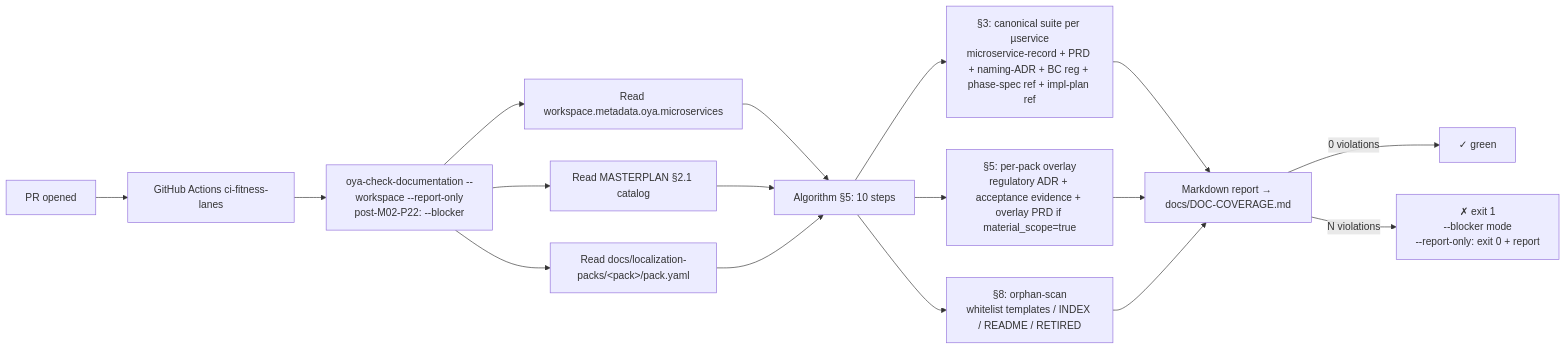
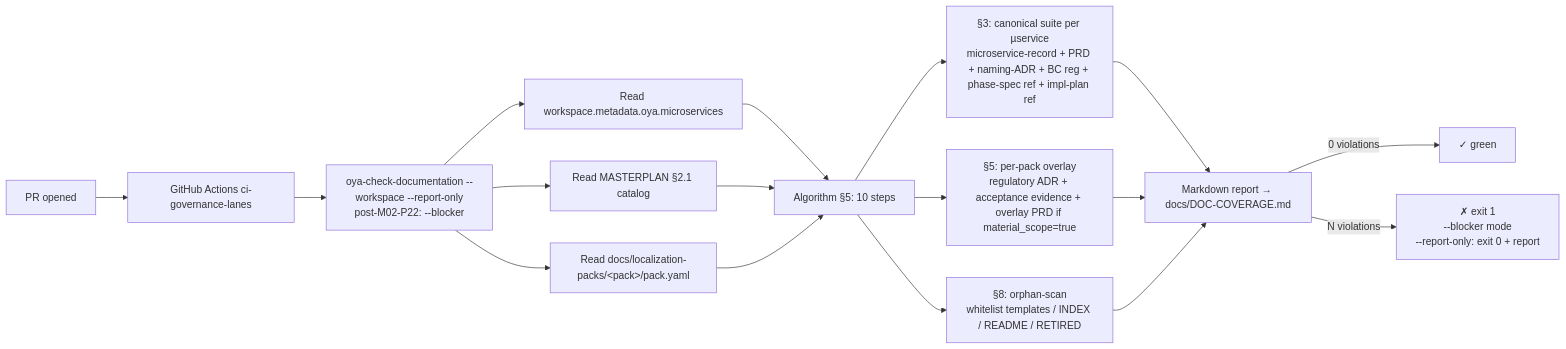
One commit to oyatie/oyatie changed the fifth of 5 diagrams in docs/architecture/product-graph.md. Above: the diagram before and after it, drawn with Mermaid. The commit also changed 346 other files, not shown here.

First line of the commit message:
Lane B: standardize "fitness" -> governance across CI naming/structure

````diff
--- a/docs/architecture/product-graph.md
+++ b/docs/architecture/product-graph.md
@@ -625,19 +625,19 @@
 ```mermaid
 flowchart LR
-    PR[PR opened] --> CI[GitHub Actions ci-fitness-lanes]
+    PR[PR opened] --> CI[GitHub Actions ci-governance-lanes]
     CI --> CheckCov[oya-check-documentation --workspace --report-only<br/>post-M02-P22: --blocker]
     CheckCov --> ReadWS[Read workspace.metadata.oya.microservices]
     CheckCov --> ReadMP[Read MASTERPLAN §2.1 catalog]
     CheckCov --> ReadPack[Read docs/localization-packs/&lt;pack&gt;/pack.yaml]
     ReadWS --> Algo[Algorithm §5: 10 steps]
     ReadMP --> Algo
     ReadPack --> Algo
     Algo --> Step3[§3: canonical suite per µservice<br/>microservice-record + PRD + naming-ADR + BC reg + phase-spec ref + impl-plan ref]
     Algo --> Step5[§5: per-pack overlay<br/>regulatory ADR + acceptance evidence + overlay PRD if material_scope=true]
     Algo --> Step8[§8: orphan-scan<br/>whitelist templates / INDEX / README / RETIRED]
     Step3 --> Report[Markdown report → docs/DOC-COVERAGE.md]
     Step5 --> Report
     Step8 --> Report
     Report -->|0 violations| PASS[✓ green]
     Report -->|N violations| FAIL[✗ exit 1<br/>--blocker mode<br/>--report-only: exit 0 + report]
 ```
````
